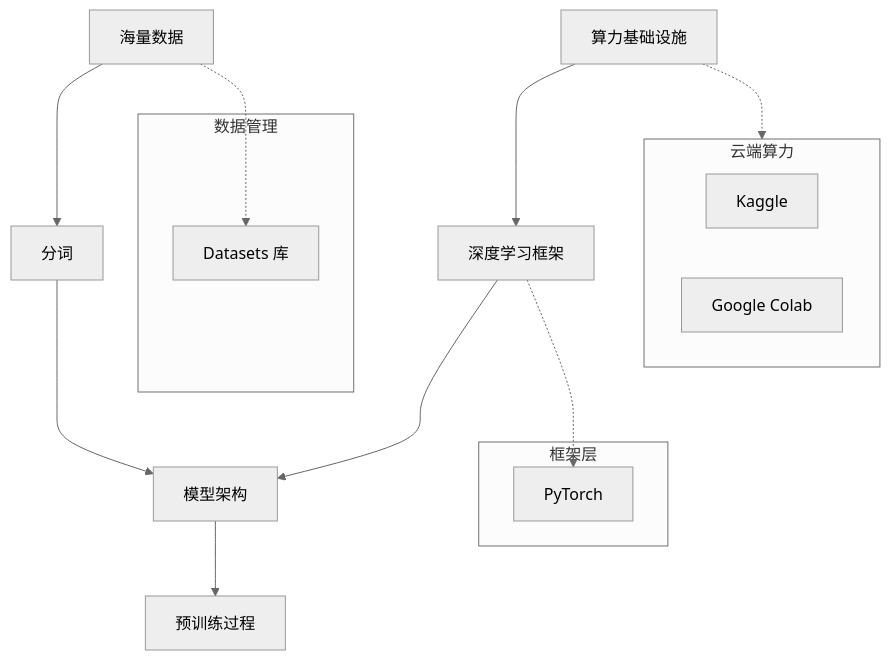
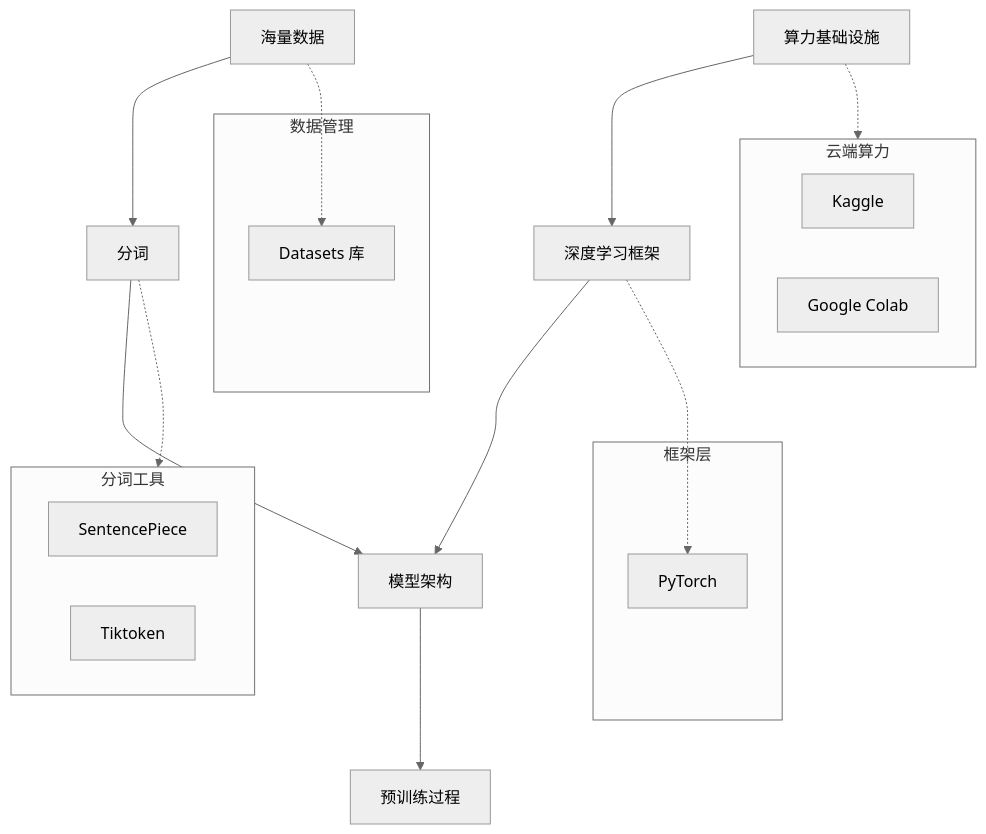
One commit to cruldra/notes3 changed the first of 6 diagrams in docs/AI/llm_graph.md. Above: the diagram before and after it, drawn with Mermaid (neutral theme). The commit also changed other lines of this file and 20 other files, not shown here.

````diff
--- a/docs/AI/llm_graph.md
+++ b/docs/AI/llm_graph.md
@@ -11,25 +11,31 @@
 ```mermaid
 graph TD
     Data[海量数据] --> Tokenization[分词]
     Tokenization --> Architecture[模型架构]
     Framework[深度学习框架] --> Architecture
     Infrastructure[算力基础设施] --> Framework
     Architecture --> Pretraining[预训练过程]
     
     subgraph Frameworks [框架层]
         Torch[PyTorch]
     end
     
     subgraph DataManagement [数据管理]
         Datasets[Datasets 库]
     end
+
+    subgraph Tokenizers [分词工具]
+        SentencePiece
+        Tiktoken
+    end
     
     subgraph Compute [云端算力]
         Kaggle[Kaggle]
         Colab[Google Colab]
     end
     
     Data -.-> Datasets
+    Tokenization -.-> Tokenizers
     Framework -.-> Torch
     Infrastructure -.-> Compute
 ```
````
